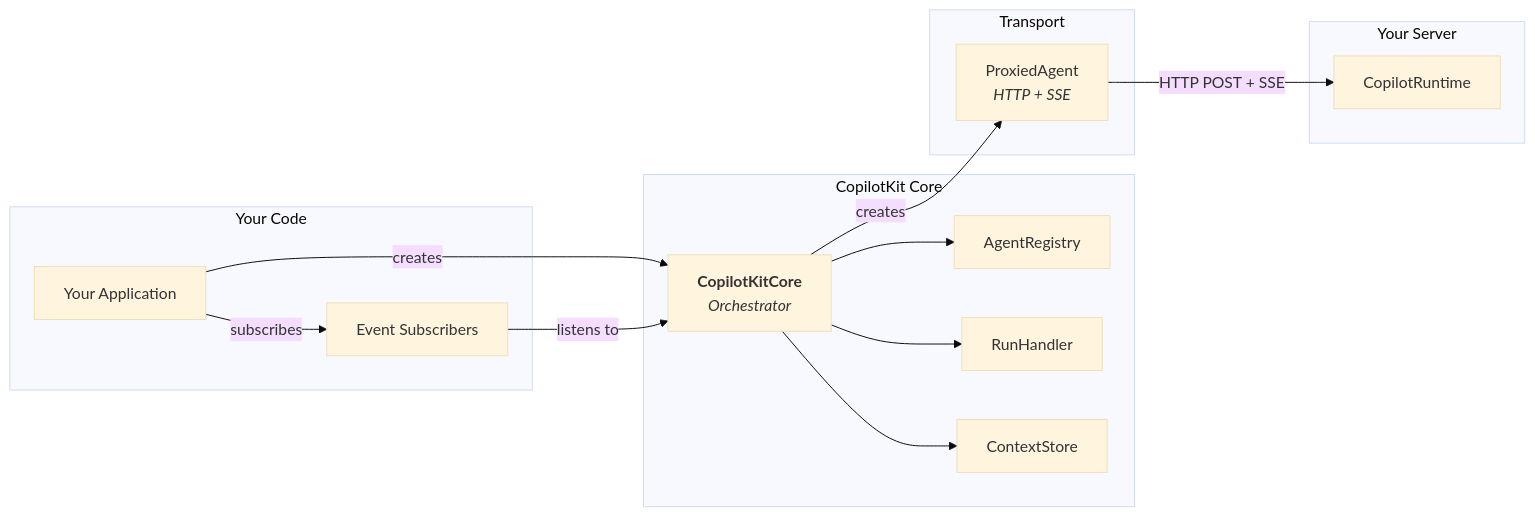
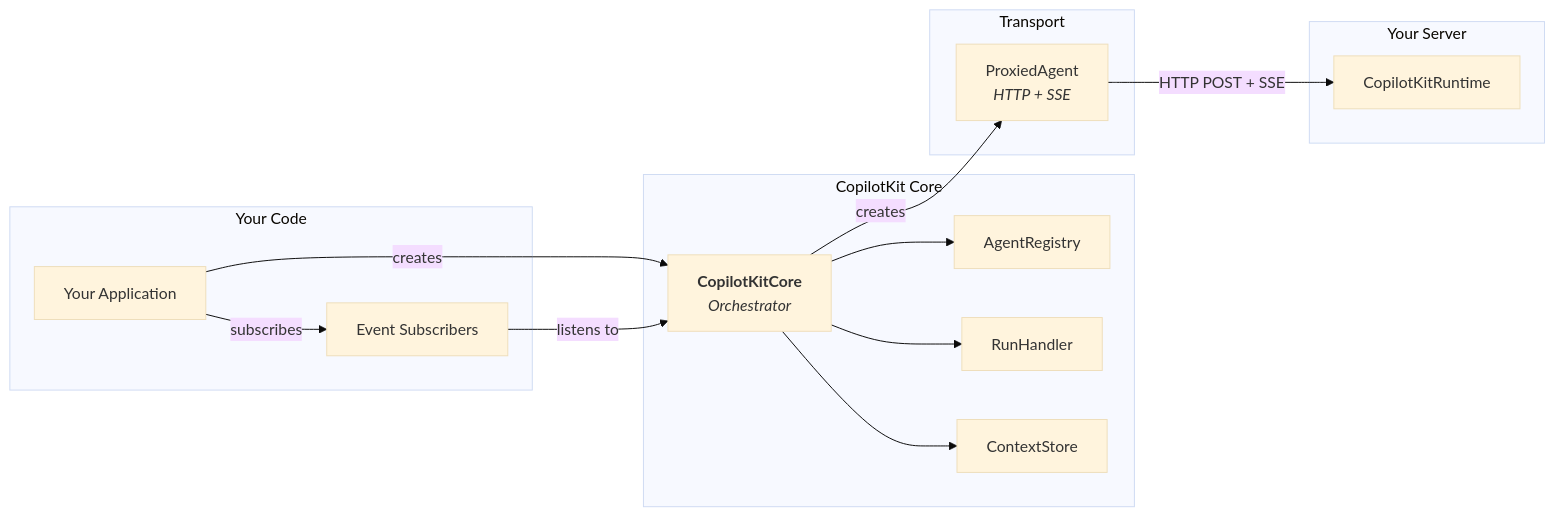
Before and after one commit to CopilotKit/CopilotKit: the first of 5 diagrams in dev-docs/architecture/setup-vanilla.md, drawn with Mermaid (base theme). The commit also changed other lines of this file and 30 other files, not shown here.

Commit message:
docs: use the CopilotKit* runtime names in package docs and comments

````diff
--- a/dev-docs/architecture/setup-vanilla.md
+++ b/dev-docs/architecture/setup-vanilla.md
@@ -9,31 +9,31 @@
 ```mermaid
 graph LR
     subgraph Your Code
         App["Your Application"]
         Sub["Event Subscribers"]
     end
 
     subgraph CopilotKit Core
         Core["<b>CopilotKitCore</b><br/><i>Orchestrator</i>"]
         AR["AgentRegistry"]
         RH["RunHandler"]
         CS["ContextStore"]
     end
 
     subgraph Transport
         Proxy["ProxiedAgent<br/><i>HTTP + SSE</i>"]
     end
 
     subgraph Your Server
-        Runtime["CopilotRuntime"]
+        Runtime["CopilotKitRuntime"]
     end
 
     App -->|creates| Core
     App -->|subscribes| Sub
     Sub -->|listens to| Core
     Core --> AR
     Core --> RH
     Core --> CS
     Core -->|creates| Proxy
     Proxy -->|HTTP POST + SSE| Runtime
 ```
````
